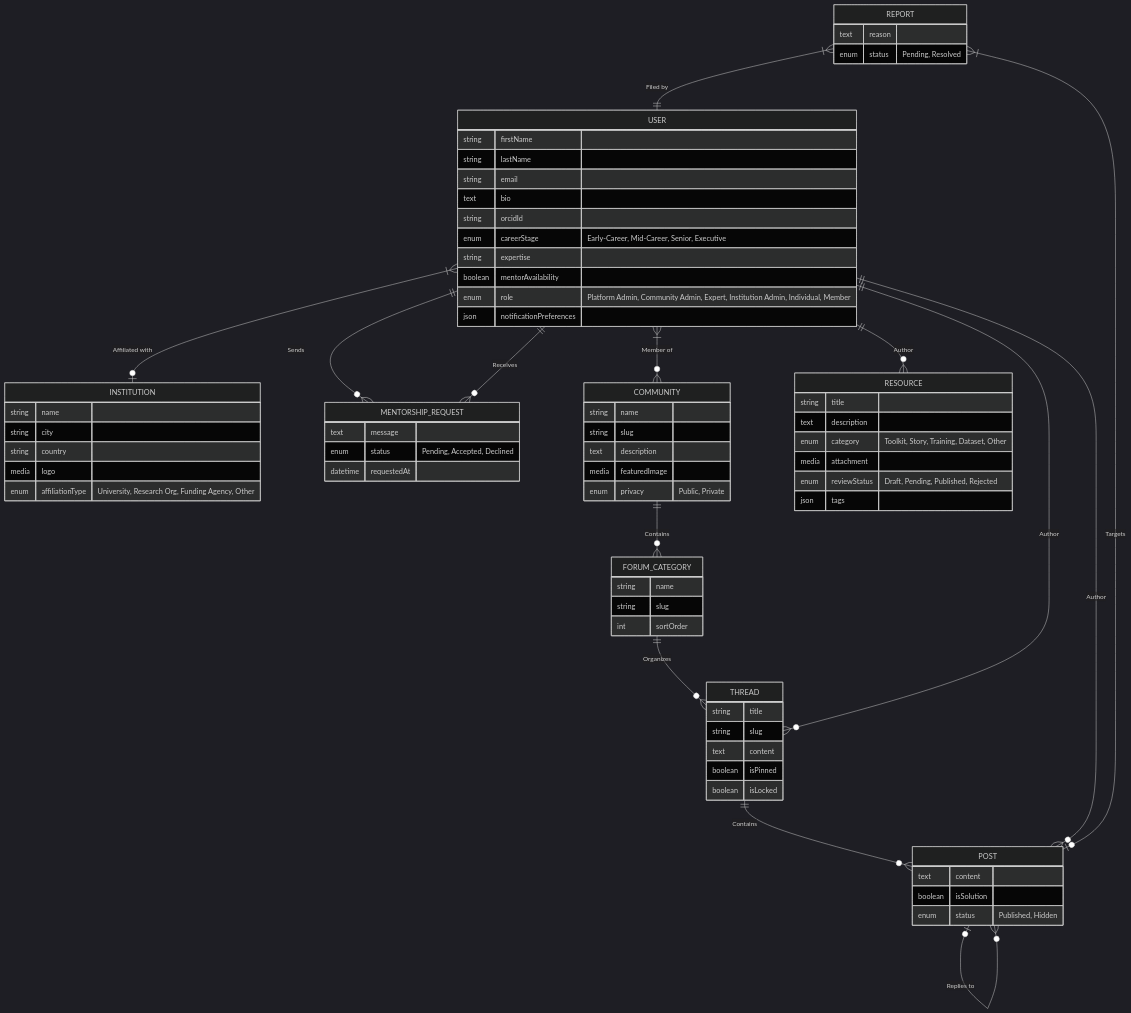
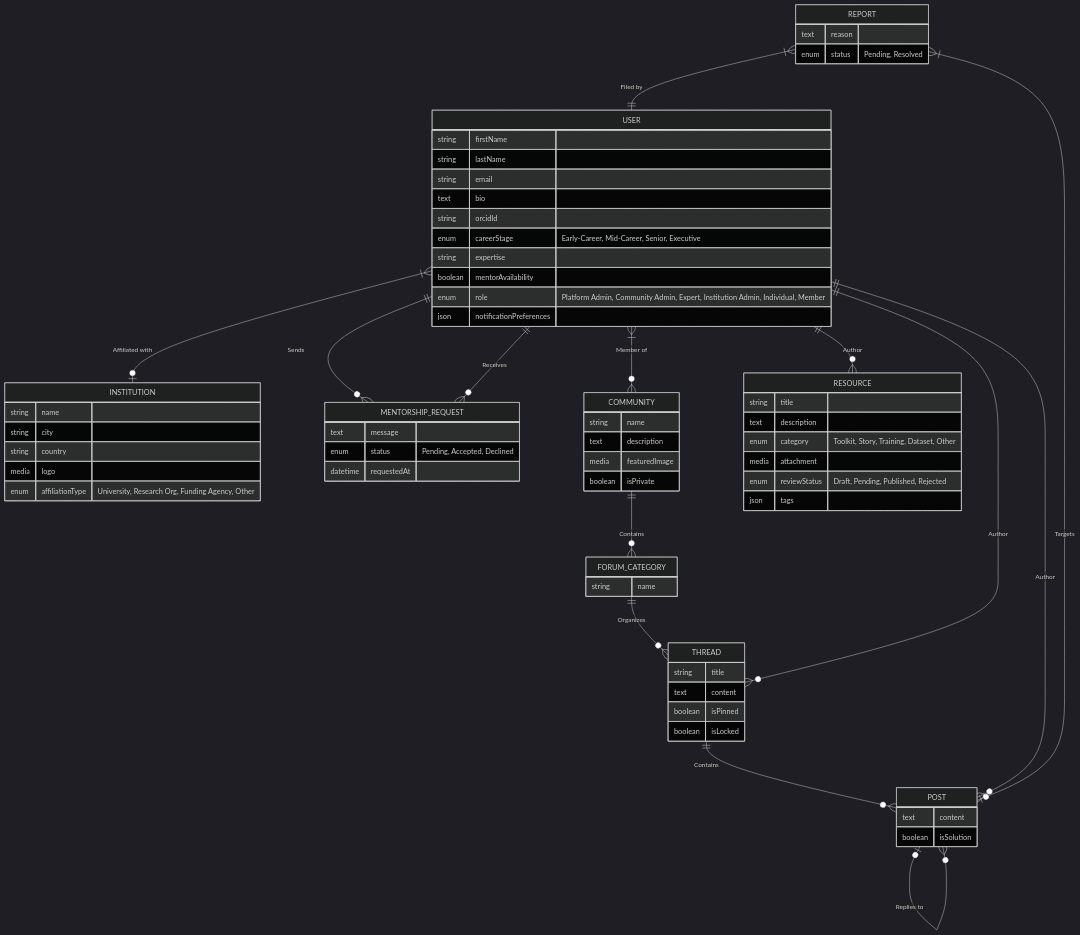
The first of 3 diagrams in docs/science-of-africa-lld.md (akvo/science-for-africa), drawn with Mermaid (dark theme) before and after one commit. The commit also changed other lines of this file, not shown here.

Commit message:
[#2] docs: second BMAD Team validation and schema synchronization

```diff
--- a/docs/science-of-africa-lld.md
+++ b/docs/science-of-africa-lld.md
@@ -91,21 +91,17 @@
     %% Community & Forums
     COMMUNITY {
         string name
-        string slug
         text description
         media featuredImage
-        enum privacy "Public, Private"
+        boolean isPrivate
     }
 
     FORUM_CATEGORY {
         string name
-        string slug
-        int sortOrder
     }
 
     THREAD {
         string title
-        string slug
         text content
         boolean isPinned
         boolean isLocked
@@ -114,7 +110,6 @@
     POST {
         text content
         boolean isSolution
-        enum status "Published, Hidden"
     }
 
     REPORT {
```
